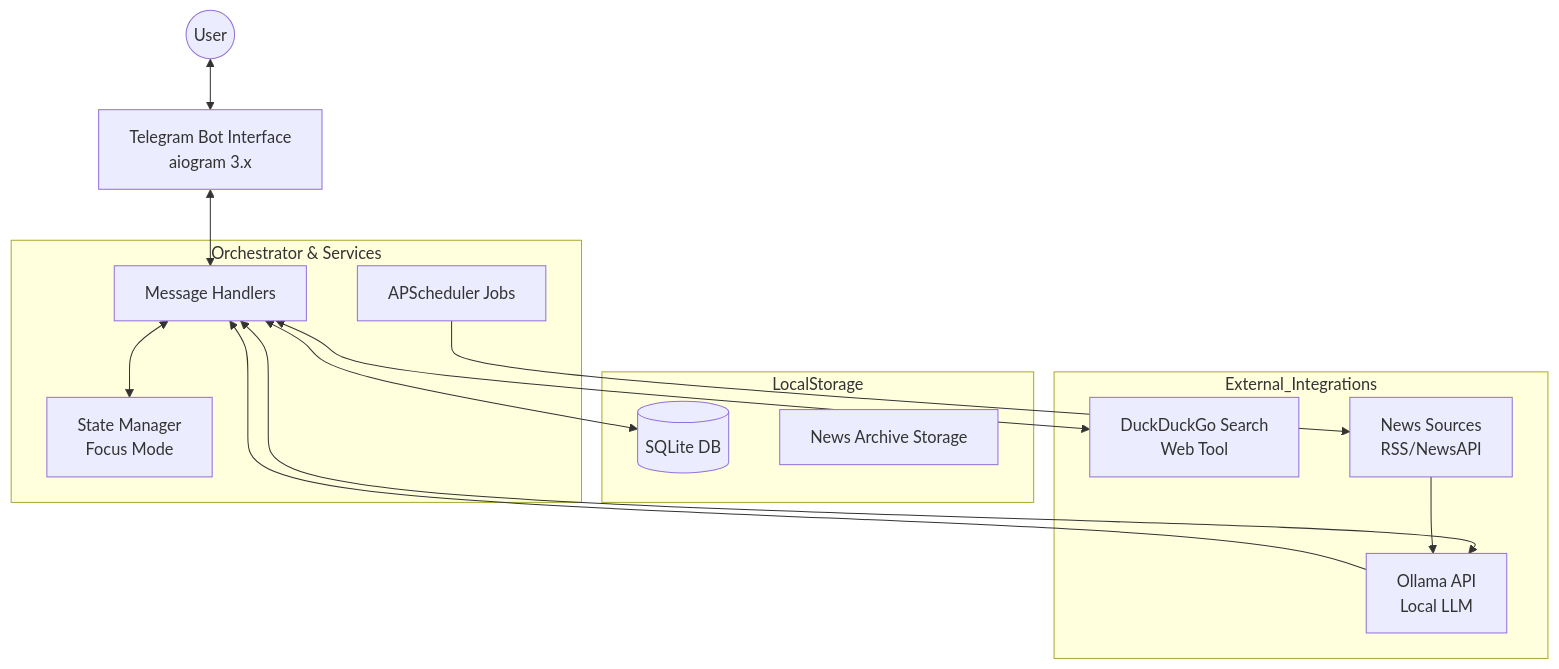
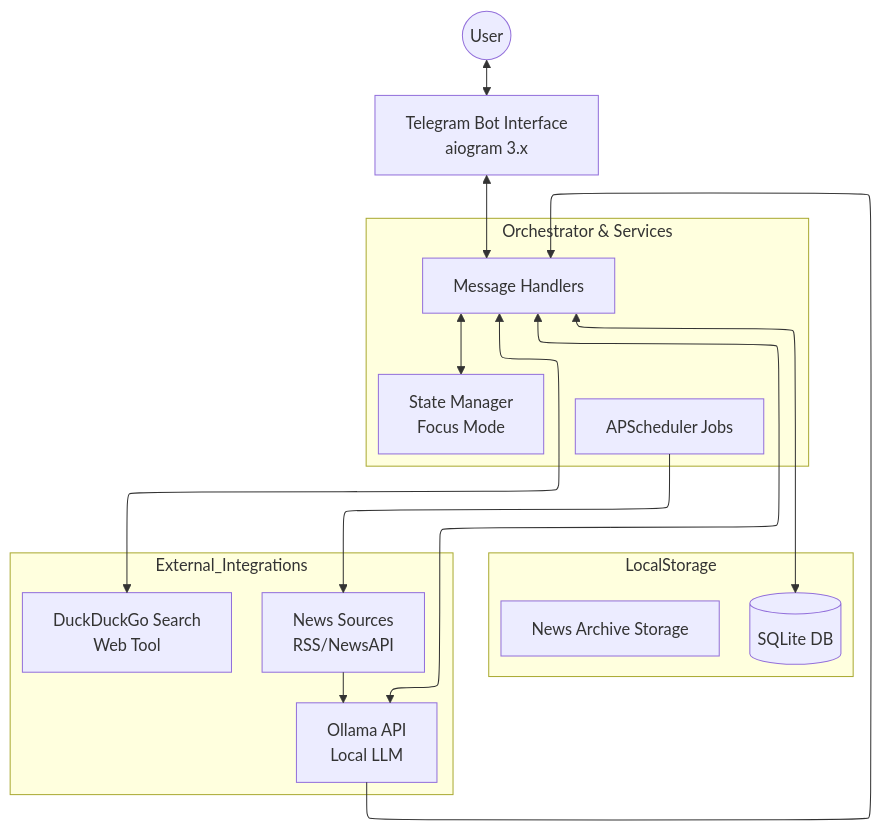
One commit to lebaohungk05/TOOL_DA changed the diagram in ARCHITECTURE.md. Above: the diagram before and after it, drawn with Mermaid. The commit also changed 6 other files, not shown here.

````diff
--- a/ARCHITECTURE.md
+++ b/ARCHITECTURE.md
@@ -12,31 +12,32 @@
 ```mermaid
+%%{init: {"flowchart": {"defaultRenderer": "elk"}} }%%
 graph TD
     User((User)) <--> TG[Telegram Bot Interface<br/>aiogram 3.x]
     
     subgraph Core_Logic [Orchestrator & Services]
         Handlers[Message Handlers]
         FSM[State Manager<br/>Focus Mode]
         Scheduler[APScheduler Jobs]
     end
 
     TG <--> Handlers
     Handlers <--> FSM
     
     subgraph Data_Layer [LocalStorage]
         DB[(SQLite DB)]
         Archive[News Archive Storage]
     end
     
     subgraph External_Integrations
         AI[Ollama API<br/>Local LLM]
         Search[DuckDuckGo Search<br/>Web Tool]
         News[News Sources<br/>RSS/NewsAPI]
     end
 
     Handlers <--> DB
     Handlers <--> AI
     Handlers <--> Search
     Scheduler --> News
     News --> AI
     AI --> Handlers
 ```
````
